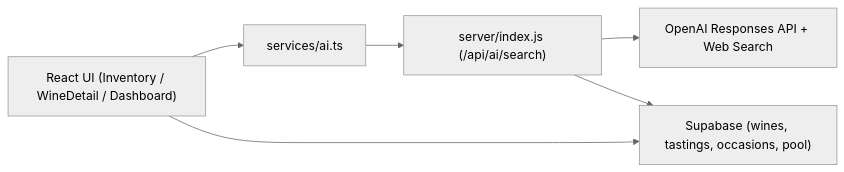
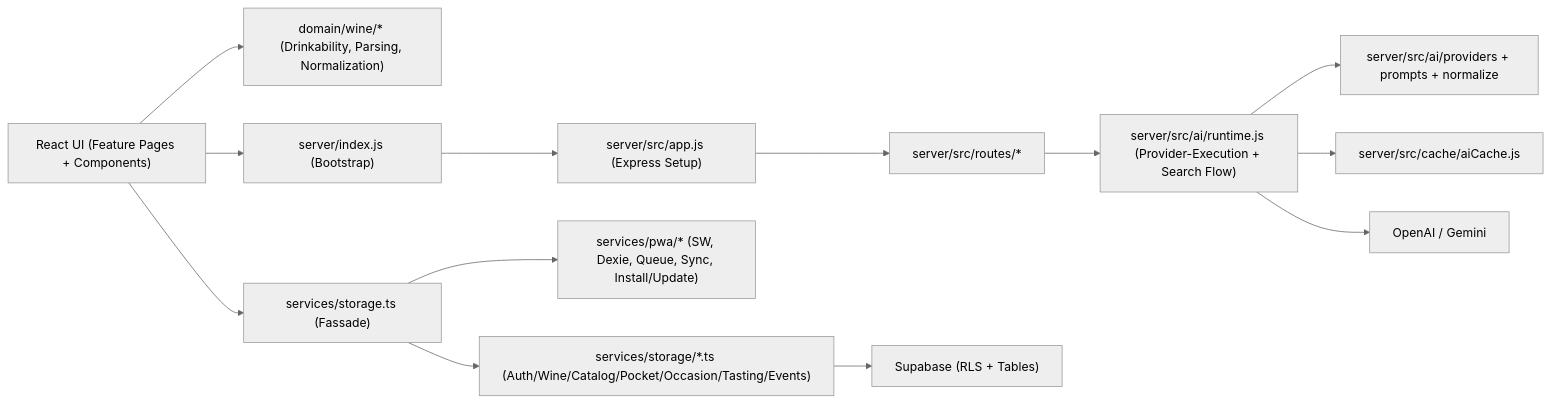
One commit to alexanderk-2000/Gran-Cru_App changed the diagram in docs/ARCHITECTURE_CURRENT.md. Above: the diagram before and after it, drawn with Mermaid (neutral theme). The commit also changed other lines of this file and 95 other files, not shown here.

````diff
--- a/docs/ARCHITECTURE_CURRENT.md
+++ b/docs/ARCHITECTURE_CURRENT.md
@@ -4,14 +5,30 @@
 ```mermaid
 flowchart LR
-  UI["React UI (Inventory / WineDetail / Dashboard)"]
-  AI["services/ai.ts"]
-  API["server/index.js (/api/ai/search)"]
-  OpenAI["OpenAI Responses API + Web Search"]
-  DB["Supabase (wines, tastings, occasions, pool)"]
+  UI["React UI (Feature Pages + Components)"]
+  Domain["domain/wine/* (Drinkability, Parsing, Normalization)"]
+  StorageFacade["services/storage.ts (Fassade)"]
+  StorageRepos["services/storage/*.ts (Auth/Wine/Catalog/Pocket/Occasion/Tasting/Events)"]
+  PwaLayer["services/pwa/* (SW, Dexie, Queue, Sync, Install/Update)"]
+  ServerBootstrap["server/index.js (Bootstrap)"]
+  ServerApp["server/src/app.js (Express Setup)"]
+  AiRuntime["server/src/ai/runtime.js (Provider-Execution + Search Flow)"]
+  AiModules["server/src/ai/providers + prompts + normalize"]
+  ApiRoutes["server/src/routes/*"]
+  Cache["server/src/cache/aiCache.js"]
+  DB["Supabase (RLS + Tables)"]
+  Providers["OpenAI / Gemini"]
 
-  UI --> AI
-  AI --> API
-  API --> OpenAI
-  UI --> DB
-  API --> DB
+  UI --> Domain
+  UI --> StorageFacade
+  StorageFacade --> StorageRepos
+  StorageFacade --> PwaLayer
+  StorageRepos --> DB
+
+  UI --> ServerBootstrap
+  ServerBootstrap --> ServerApp
+  ServerApp --> ApiRoutes
+  ApiRoutes --> AiRuntime
+  AiRuntime --> AiModules
+  AiRuntime --> Cache
+  AiRuntime --> Providers
 ```
````
